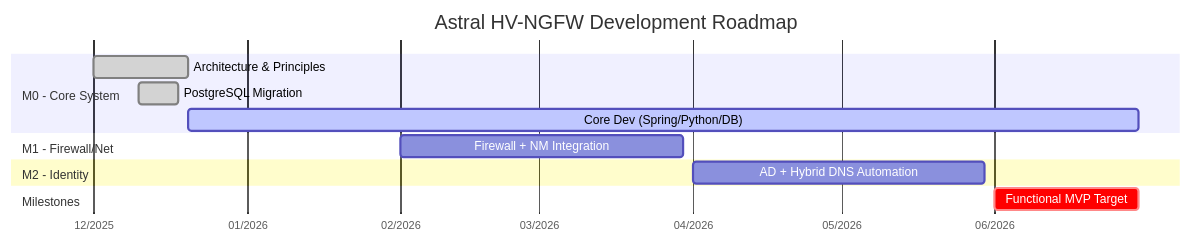
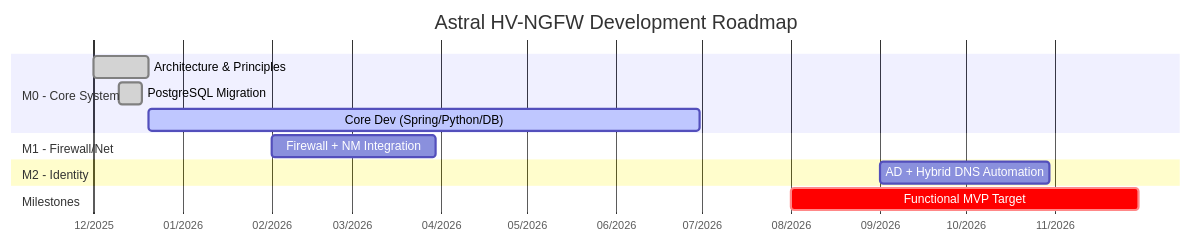
One commit to euripedesdark/astral-plataform-hci changed the second of 5 diagrams in projectupdates.md. Above: the diagram before and after it, drawn with Mermaid. The commit also changed other lines of this file, not shown here.

````diff
--- a/projectupdates.md
+++ b/projectupdates.md
@@ -86,21 +117,21 @@
 ```mermaid
 gantt
   title Astral HV-NGFW Development Roadmap
   dateFormat  YYYY-MM-DD
   axisFormat  %m/%Y
 
   section M0 - Core System
   Architecture & Principles       :done, m0_1, 2025-12-01, 2025-12-20
   PostgreSQL Migration            :done, m0_2, 2025-12-10, 2025-12-18
   Core Dev (Spring/Python/DB)     :active, m0_3, 2025-12-20, 2026-06-30
 
   section M1 - Firewall/Net
   Firewall + NM Integration       :m1_1, 2026-02-01, 2026-03-30
 
   section M2 - Identity
-  AD + Hybrid DNS Automation      :m2_1, 2026-04-01, 2026-05-30
+  AD + Hybrid DNS Automation      :m2_1, 2026-09-01, 2026-10-30
 
   section Milestones
-  Functional MVP Target           :crit, mvp, 2026-06-01, 2026-06-30
+  Functional MVP Target           :crit, mvp, 2026-08-01, 2026-11-30
 
 ```
````
